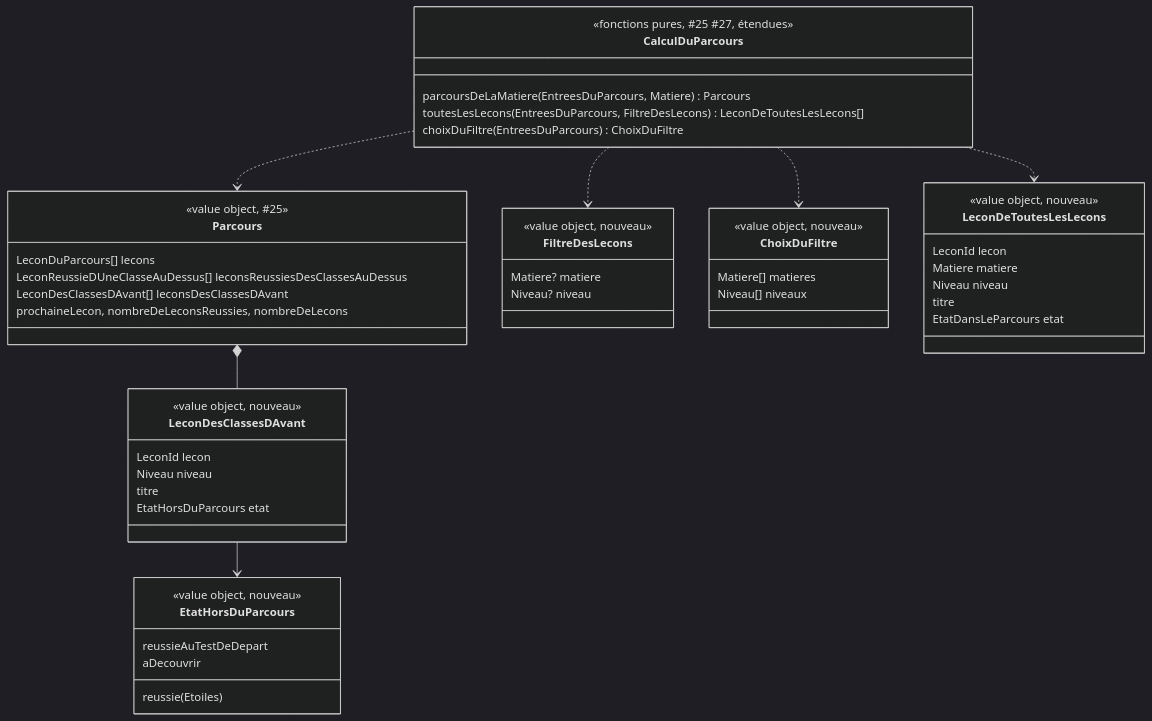
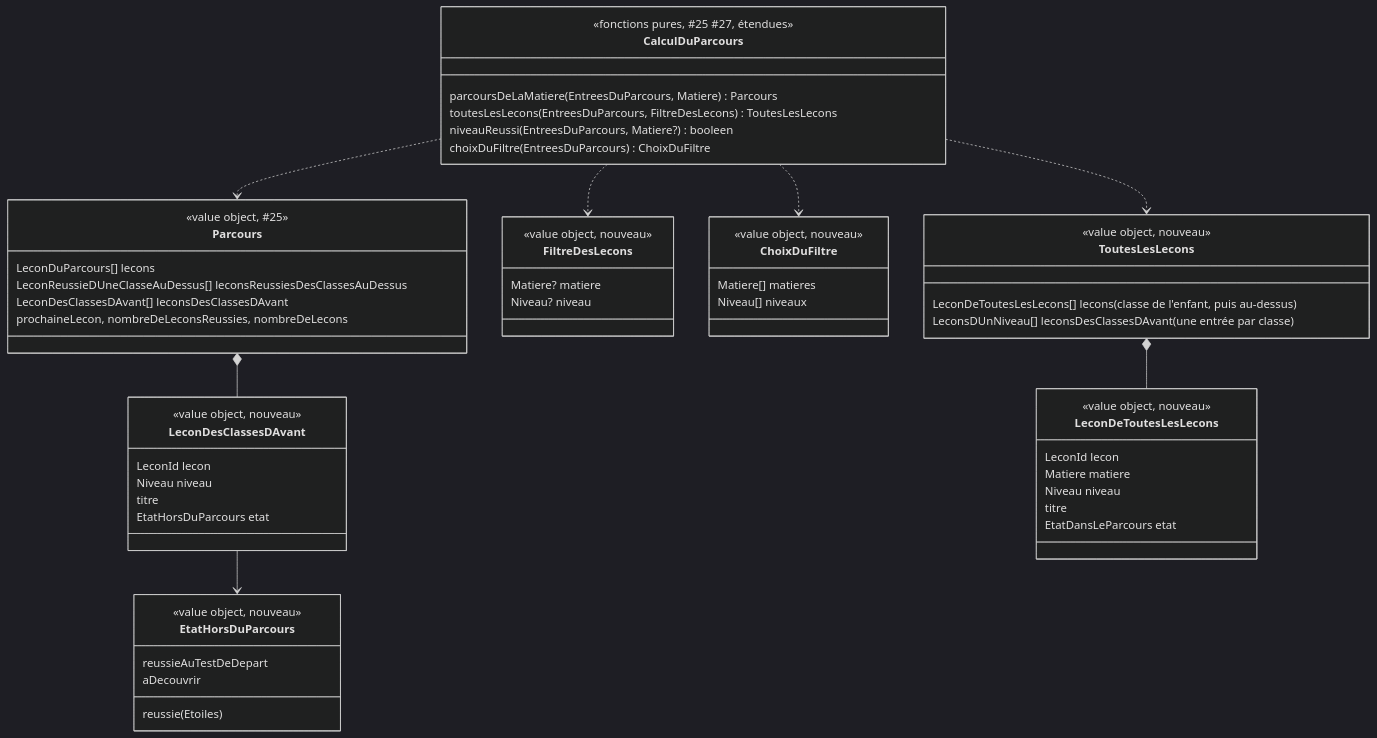
One commit to SBA-dev/github-move changed the diagram in docs/stories/26/domain-model.md. Above: the diagram before and after it, drawn with Mermaid (dark theme). The commit also changed other lines of this file, not shown here.

````diff
--- a/docs/stories/26/domain-model.md
+++ b/docs/stories/26/domain-model.md
@@ -53,53 +55,60 @@
 ```mermaid
 classDiagram
   class CalculDuParcours {
     <<fonctions pures, #25 #27, étendues>>
     parcoursDeLaMatiere(EntreesDuParcours, Matiere) Parcours
-    toutesLesLecons(EntreesDuParcours, FiltreDesLecons) LeconDeToutesLesLecons[]
+    toutesLesLecons(EntreesDuParcours, FiltreDesLecons) ToutesLesLecons
+    niveauReussi(EntreesDuParcours, Matiere?) booleen
     choixDuFiltre(EntreesDuParcours) ChoixDuFiltre
   }
   class Parcours {
     <<value object, #25>>
     LeconDuParcours[] lecons
     LeconReussieDUneClasseAuDessus[] leconsReussiesDesClassesAuDessus
     LeconDesClassesDAvant[] leconsDesClassesDAvant
     prochaineLecon, nombreDeLeconsReussies, nombreDeLecons
   }
   class LeconDesClassesDAvant {
     <<value object, nouveau>>
     LeconId lecon
     Niveau niveau
     titre
     EtatHorsDuParcours etat
   }
   class EtatHorsDuParcours {
     <<value object, nouveau>>
     reussie(Etoiles)
     reussieAuTestDeDepart
     aDecouvrir
   }
   class FiltreDesLecons {
     <<value object, nouveau>>
     Matiere? matiere
     Niveau? niveau
   }
   class ChoixDuFiltre {
     <<value object, nouveau>>
     Matiere[] matieres
     Niveau[] niveaux
   }
+  class ToutesLesLecons {
+    <<value object, nouveau>>
+    LeconDeToutesLesLecons[] lecons (classe de l'enfant, puis au-dessus)
+    LeconsDUnNiveau[] leconsDesClassesDAvant (une entrée par classe)
+  }
   class LeconDeToutesLesLecons {
     <<value object, nouveau>>
     LeconId lecon
     Matiere matiere
     Niveau niveau
     titre
     EtatDansLeParcours etat
   }
   CalculDuParcours ..> Parcours
-  CalculDuParcours ..> LeconDeToutesLesLecons
+  CalculDuParcours ..> ToutesLesLecons
+  ToutesLesLecons *-- LeconDeToutesLesLecons
   CalculDuParcours ..> FiltreDesLecons
   CalculDuParcours ..> ChoixDuFiltre
   Parcours *-- LeconDesClassesDAvant
   LeconDesClassesDAvant --> EtatHorsDuParcours
 ```
````
